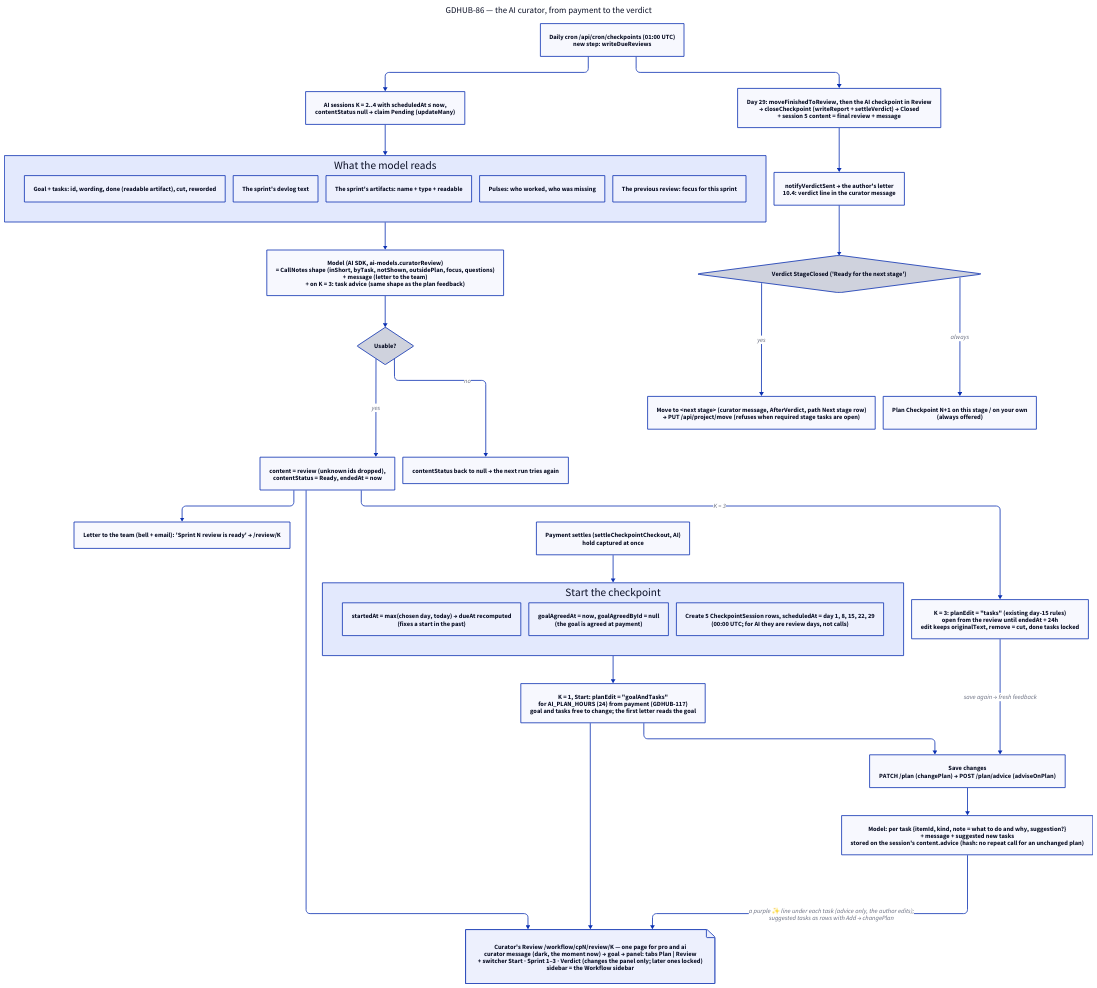
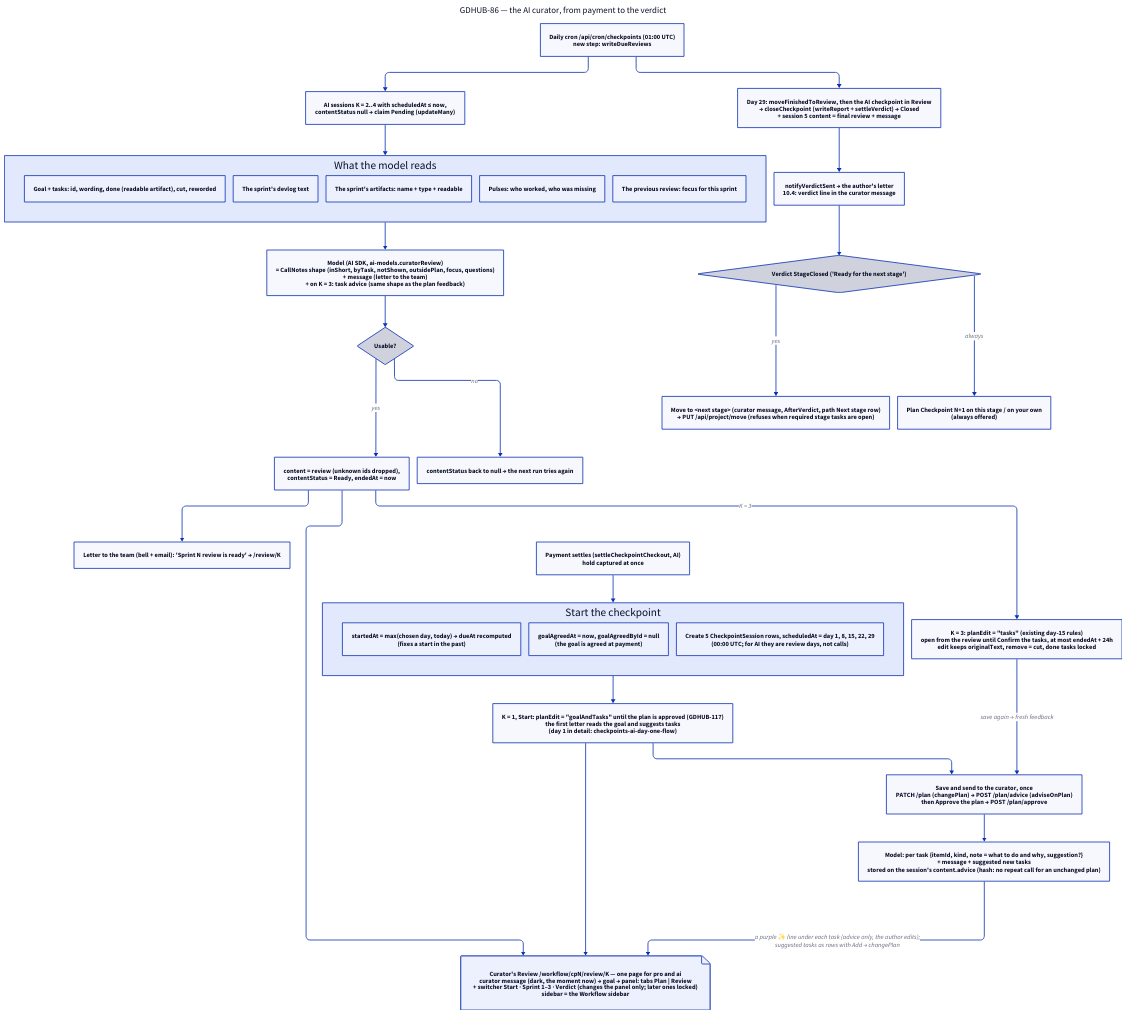
The diagram in docs/checkpoints-ai-curator-flow.d2 (gdhub-io/gdhub), drawn with D2 before and after one commit. The commit also changed 47 other files, not shown here.

Commit message:
feat(checkpoints): GDHUB-117 day 1 with the AI curator — goal read with suggested tasks, one check, approve the plan

```diff
--- a/docs/checkpoints-ai-curator-flow.d2
+++ b/docs/checkpoints-ai-curator-flow.d2
@@ -1,80 +1,80 @@
 vars: {
   d2-config: {
     layout-engine: elk
   }
 }
 
 direction: down
 
 title: "GDHUB-86 — the AI curator, from payment to the verdict" {
   shape: text
   near: top-center
   style.font-size: 22
 }
 
 pay: "Payment settles (settleCheckpointCheckout, AI)\nhold captured at once"
 
 start: "Start the checkpoint" {
   date: "startedAt = max(chosen day, today) → dueAt recomputed\n(fixes a start in the past)"
   goal: "goalAgreedAt = now, goalAgreedById = null\n(the goal is agreed at payment)"
   rows: "Create 5 CheckpointSession rows, scheduledAt = day 1, 8, 15, 22, 29\n(00:00 UTC; for AI they are review days, not calls)"
 }
 pay -> start
 
 page: "Curator's Review /workflow/cpN/review/K — one page for pro and ai\ncurator message (dark, the moment now) → goal → panel: tabs Plan | Review\n+ switcher Start · Sprint 1–3 · Verdict (changes the panel only; later ones locked)\nsidebar = the Workflow sidebar" {shape: page}
 
-setup: "K = 1, Start: planEdit = \"goalAndTasks\"\nfor AI_PLAN_HOURS (24) from payment (GDHUB-117)\ngoal and tasks free to change; the first letter reads the goal"
+setup: "K = 1, Start: planEdit = \"goalAndTasks\" until the plan is approved (GDHUB-117)\nthe first letter reads the goal and suggests tasks\n(day 1 in detail: checkpoints-ai-day-one-flow)"
 start -> setup
 setup -> page
 
-save: "Save changes\nPATCH /plan (changePlan) → POST /plan/advice (adviseOnPlan)"
+save: "Save and send to the curator, once\nPATCH /plan (changePlan) → POST /plan/advice (adviseOnPlan)\nthen Approve the plan → POST /plan/approve"
 setup -> save
 
 feedback: "Model: per task {itemId, kind, note = what to do and why, suggestion?}\n+ message + suggested new tasks\nstored on the session's content.advice (hash: no repeat call for an unchanged plan)"
 save -> feedback
 feedback -> page: "a purple ✨ line under each task (advice only, the author edits);\nsuggested tasks as rows with Add → changePlan"
 
 cron: "Daily cron /api/cron/checkpoints (01:00 UTC)\nnew step: writeDueReviews"
 
 due: "AI sessions K = 2..4 with scheduledAt ≤ now,\ncontentStatus null → claim Pending (updateMany)"
 cron -> due
 
 input: "What the model reads" {
   plan: "Goal + tasks: id, wording, done (readable artifact), cut, reworded"
   dev: "The sprint's devlog text"
   art: "The sprint's artifacts: name + type + readable"
   pulse: "Pulses: who worked, who was missing"
   prev: "The previous review: focus for this sprint"
 }
 due -> input
 
 review: "Model (AI SDK, ai-models.curatorReview)\n= CallNotes shape (inShort, byTask, notShown, outsidePlan, focus, questions)\n+ message (letter to the team)\n+ on K = 3: task advice (same shape as the plan feedback)"
 input -> review
 
 ok: "Usable?" {shape: diamond}
 review -> ok
 ready: "content = review (unknown ids dropped),\ncontentStatus = Ready, endedAt = now"
 retry: "contentStatus back to null → the next run tries again"
 ok -> ready: yes
 ok -> retry: no
 
 letter: "Letter to the team (bell + email): 'Sprint N review is ready' → /review/K"
 ready -> letter
 ready -> page
 
-mid: "K = 3: planEdit = \"tasks\" (existing day-15 rules)\nopen from the review until endedAt + 24h\nedit keeps originalText, remove = cut, done tasks locked"
+mid: "K = 3: planEdit = \"tasks\" (existing day-15 rules)\nopen from the review until Confirm the tasks, at most endedAt + 24h\nedit keeps originalText, remove = cut, done tasks locked"
 ready -> mid: "K = 3"
 mid -> save: "save again → fresh feedback"
 
 final: "Day 29: moveFinishedToReview, then the AI checkpoint in Review\n→ closeCheckpoint (writeReport + settleVerdict) → Closed\n+ session 5 content = final review + message"
 cron -> final
 
 verdict: "notifyVerdictSent → the author's letter\n10.4: verdict line in the curator message"
 final -> verdict
 
 after: "Verdict StageClosed ('Ready for the next stage')" {shape: diamond}
 verdict -> after
 move: "Move to <next stage> (curator message, AfterVerdict, path Next stage row)\n→ PUT /api/project/move (refuses when required stage tasks are open)"
 stay: "Plan Checkpoint N+1 on this stage / on your own\n(always offered)"
 after -> move: yes
 after -> stay: "always"
```
